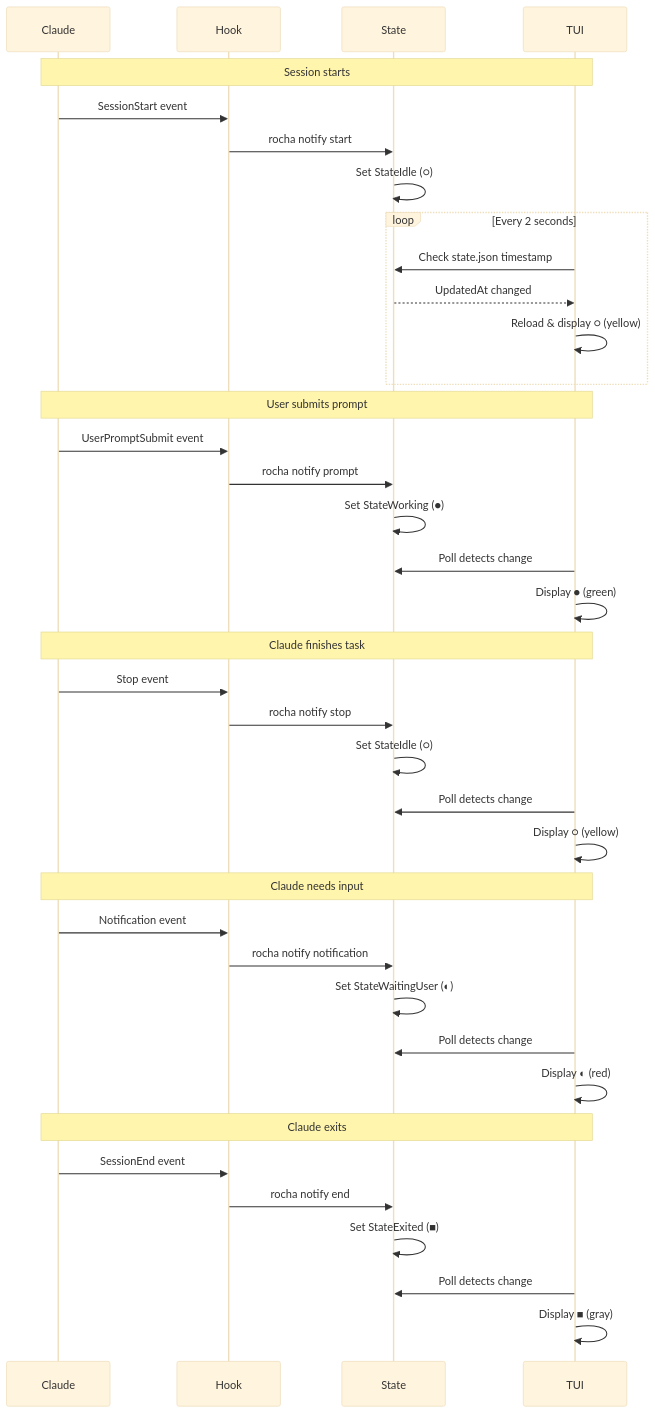
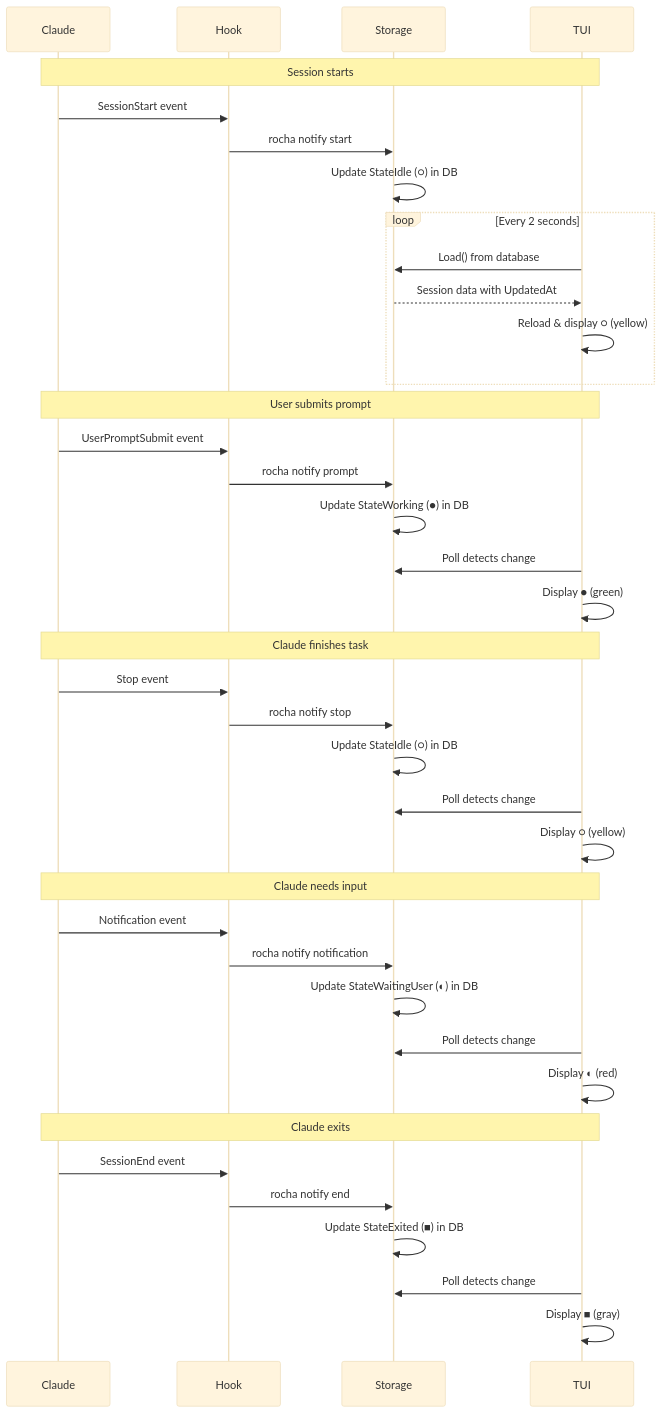
The fourth of 6 diagrams in ARCHITECTURE.md (renato0307/rocha), drawn with Mermaid (base theme) before and after one commit. The commit also changed other lines of this file, not shown here.

First line of the commit message:
docs: update ARCHITECTURE.md for storage layer and status feature

````diff
--- a/ARCHITECTURE.md
+++ b/ARCHITECTURE.md
@@ -179,46 +205,46 @@
 ```mermaid
 sequenceDiagram
     participant Claude
     participant Hook
-    participant State
+    participant Storage
     participant TUI
 
     Note over Claude,TUI: Session starts
     Claude->>Hook: SessionStart event
-    Hook->>State: rocha notify start
-    State->>State: Set StateIdle (○)
+    Hook->>Storage: rocha notify start
+    Storage->>Storage: Update StateIdle (○) in DB
 
     loop Every 2 seconds
-        TUI->>State: Check state.json timestamp
-        State-->>TUI: UpdatedAt changed
+        TUI->>Storage: Load() from database
+        Storage-->>TUI: Session data with UpdatedAt
         TUI->>TUI: Reload & display ○ (yellow)
     end
 
     Note over Claude,TUI: User submits prompt
     Claude->>Hook: UserPromptSubmit event
-    Hook->>State: rocha notify prompt
-    State->>State: Set StateWorking (●)
-    TUI->>State: Poll detects change
+    Hook->>Storage: rocha notify prompt
+    Storage->>Storage: Update StateWorking (●) in DB
+    TUI->>Storage: Poll detects change
     TUI->>TUI: Display ● (green)
 
     Note over Claude,TUI: Claude finishes task
     Claude->>Hook: Stop event
-    Hook->>State: rocha notify stop
-    State->>State: Set StateIdle (○)
-    TUI->>State: Poll detects change
+    Hook->>Storage: rocha notify stop
+    Storage->>Storage: Update StateIdle (○) in DB
+    TUI->>Storage: Poll detects change
     TUI->>TUI: Display ○ (yellow)
 
     Note over Claude,TUI: Claude needs input
     Claude->>Hook: Notification event
-    Hook->>State: rocha notify notification
-    State->>State: Set StateWaitingUser (◐)
-    TUI->>State: Poll detects change
+    Hook->>Storage: rocha notify notification
+    Storage->>Storage: Update StateWaitingUser (◐) in DB
+    TUI->>Storage: Poll detects change
     TUI->>TUI: Display ◐ (red)
 
     Note over Claude,TUI: Claude exits
     Claude->>Hook: SessionEnd event
-    Hook->>State: rocha notify end
-    State->>State: Set StateExited (■)
-    TUI->>State: Poll detects change
+    Hook->>Storage: rocha notify end
+    Storage->>Storage: Update StateExited (■) in DB
+    TUI->>Storage: Poll detects change
     TUI->>TUI: Display ■ (gray)
 ```
````
